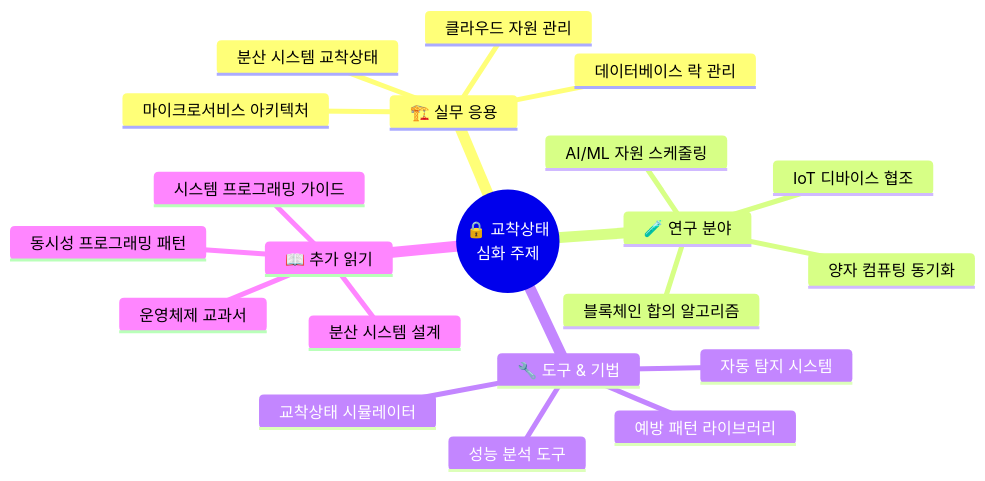
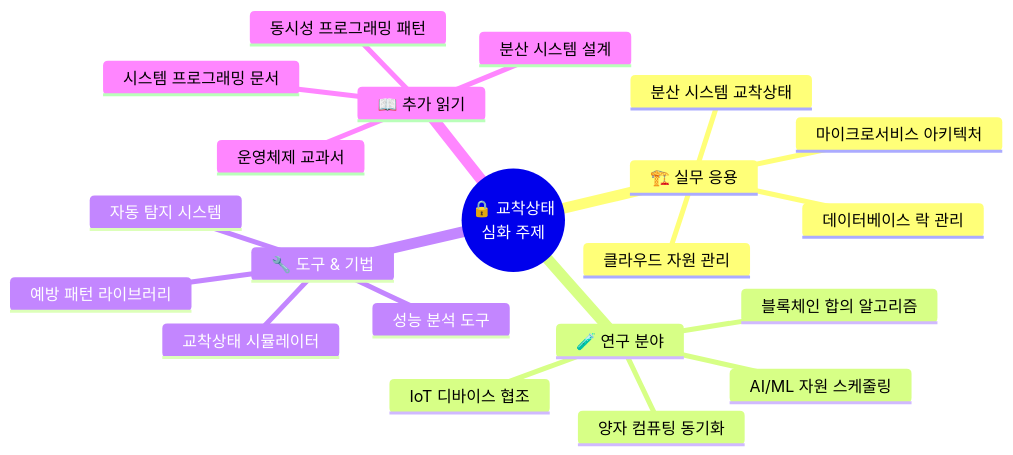
Diagram 30 of 31 in content/archive/legacy/OS/video/deadlock1.md (choisimo/document), drawn with Mermaid before and after one commit. The commit also changed other lines of this file and 432 other files, not shown here.

````diff
--- a/content/archive/legacy/OS/video/deadlock1.md
+++ b/content/archive/legacy/OS/video/deadlock1.md
@@ -1070,24 +1070,24 @@
 ```mermaid
 mindmap
   root((🔒 교착상태<br/>심화 주제))
     🏗️ 실무 응용
       분산 시스템 교착상태
       마이크로서비스 아키텍처
       데이터베이스 락 관리
       클라우드 자원 관리
     🧪 연구 분야
       양자 컴퓨팅 동기화
       AI/ML 자원 스케줄링
       블록체인 합의 알고리즘
       IoT 디바이스 협조
     🔧 도구 & 기법
       교착상태 시뮬레이터
       성능 분석 도구
       자동 탐지 시스템
       예방 패턴 라이브러리
     📖 추가 읽기
       운영체제 교과서
-      시스템 프로그래밍 가이드
+      시스템 프로그래밍 문서
       동시성 프로그래밍 패턴
       분산 시스템 설계
 ```
````
